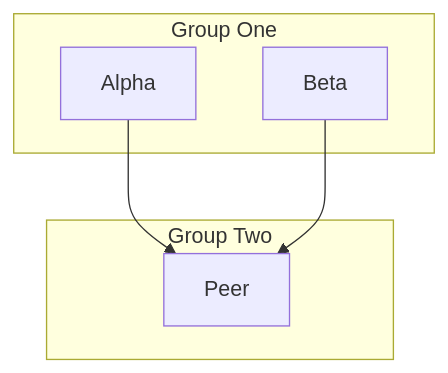
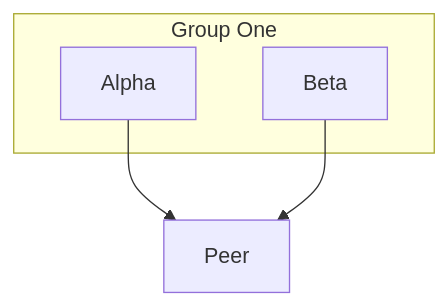
The fifth of 7 diagrams in docs/syntax/grid-layout.md (mermaid-js/mermaid), drawn with Mermaid before and after one commit. The commit also changed other lines of this file and 1 other file, not shown here.

````diff
--- a/docs/syntax/grid-layout.md
+++ b/docs/syntax/grid-layout.md
@@ -198,24 +194,20 @@
 ```mermaid
 ---
 config:
   layout: grid
   grid:
-    cellGap: 16
     placements:
       A: { row: 1, column: 1 }
       B: { row: 2, column: 1 }
-      C: { row: 1, column: 1 }
+      C: { row: 1, column: 2 }
       G: { row: 1, column: 1 }
-      H: { row: 1, column: 2 }
 ---
 flowchart TB
   subgraph G["Group One"]
     A["Alpha"]
     B["Beta"]
   end
-  subgraph H["Group Two"]
-    C["Peer"]
-  end
+  C["Peer"]
   A --> C
   B --> C
 ```
````
